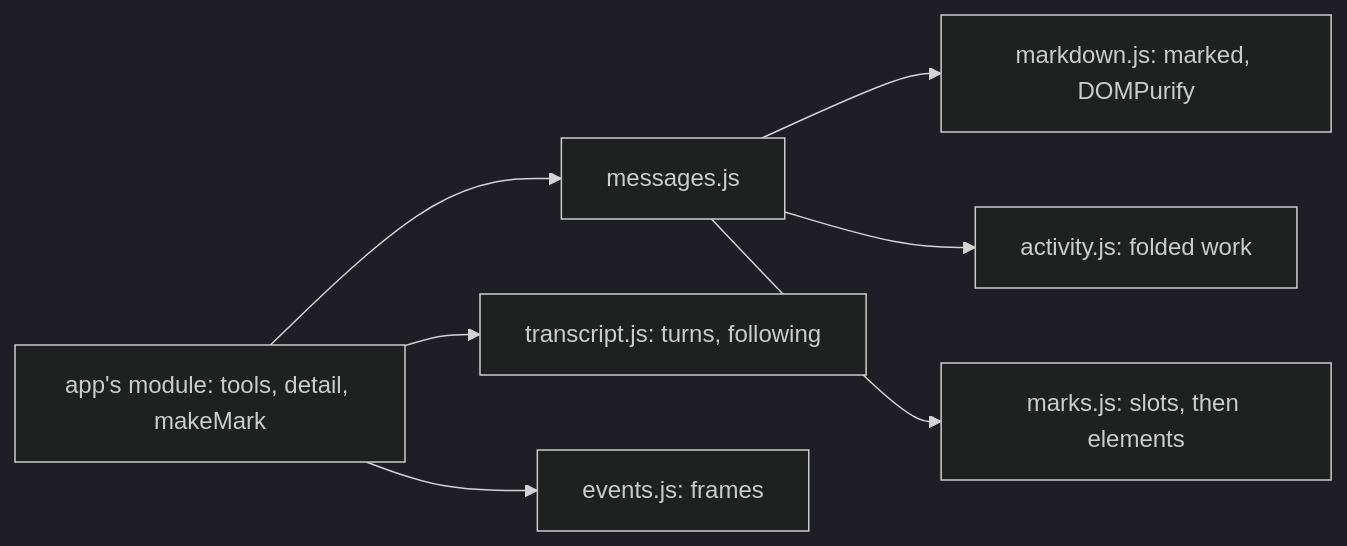
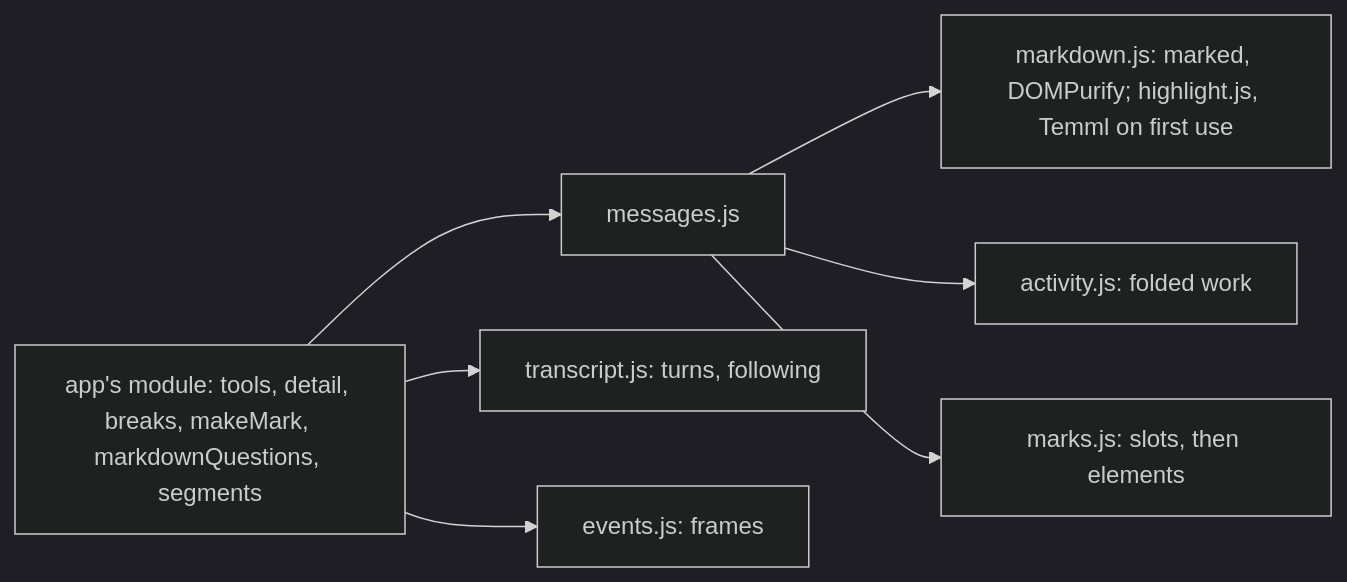
Before and after one commit to lachlancahill/shared-tools: the diagram in research/0006-chat-ui.md, drawn with Mermaid (dark theme). The commit also changed other lines of this file and 14 other files, not shown here.

First line of the commit message:
chat-ui: what the chat app needs - maths, highlighting, its own segments (research/0006 D5)

````diff
--- a/research/0006-chat-ui.md
+++ b/research/0006-chat-ui.md
@@ -53,7 +78,7 @@
 ```mermaid
 flowchart LR
-  A["app's module: tools, detail, makeMark"] --> M["messages.js"]
-  M --> MD["markdown.js: marked, DOMPurify"] & AC["activity.js: folded work"] & MK["marks.js: slots, then elements"]
+  A["app's module: tools, detail, breaks, makeMark, markdownQuestions, segments"] --> M["messages.js"]
+  M --> MD["markdown.js: marked, DOMPurify; highlight.js, Temml on first use"] & AC["activity.js: folded work"] & MK["marks.js: slots, then elements"]
   A --> T["transcript.js: turns, following"]
   A --> E["events.js: frames"]
 ```
````
